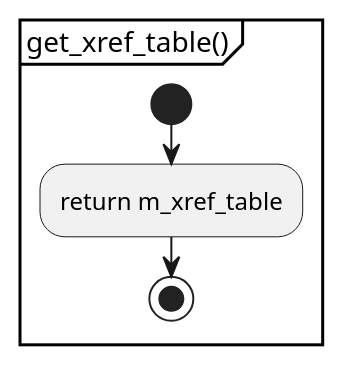
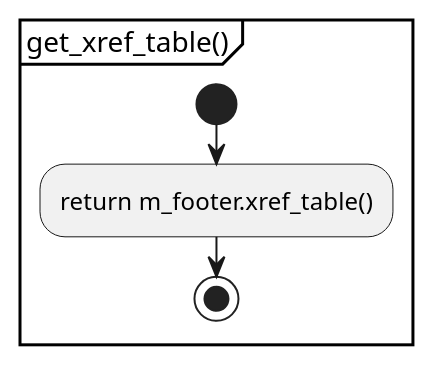
The second of 10 diagrams in document/parser.activity.pu (KodaiYM/PDFReader), drawn with PlantUML before and after one commit. The commit also changed other lines of this file and 1 other file, not shown here.

```diff
--- a/document/parser.activity.pu
+++ b/document/parser.activity.pu
@@ -10,7 +10,7 @@
 @startuml get_xref_table
 partition "get_xref_table()" {
 start
-	:return m_xref_table;
+	:return m_footer.xref_table();
 stop
 }
 @enduml
```
